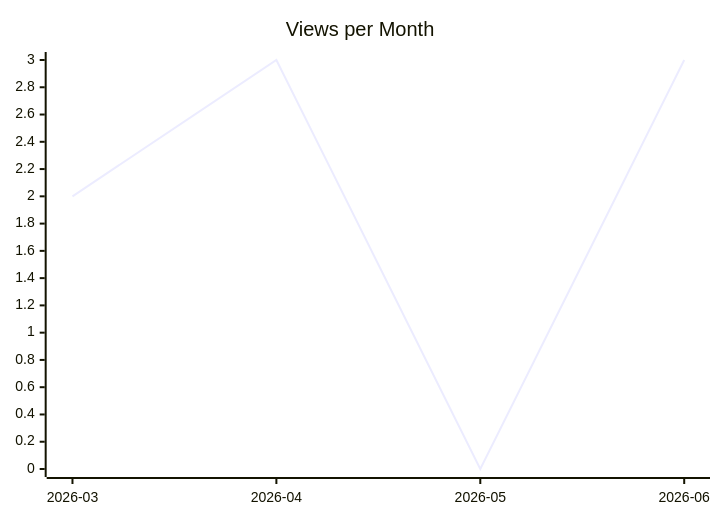
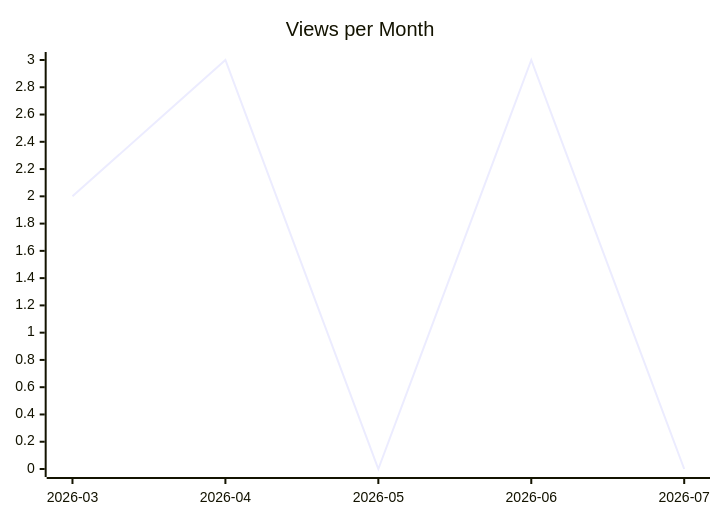
One commit to justdavis-family/github-analytics-data changed the second of 3 diagrams in karlmdavis/ansible-role-bind-dns/README.md. Above: the diagram before and after it, drawn with Mermaid. The commit also changed other lines of this file and 199 other files, not shown here.

````diff
--- a/karlmdavis/ansible-role-bind-dns/README.md
+++ b/karlmdavis/ansible-role-bind-dns/README.md
@@ -12,6 +12,6 @@
 ```mermaid
 xychart-beta
   title "Views per Month"
-  x-axis ["2026-03", "2026-04", "2026-05", "2026-06"]
-  line [2, 3, 0, 3]
+  x-axis ["2026-03", "2026-04", "2026-05", "2026-06", "2026-07"]
+  line [2, 3, 0, 3, 0]
 ```
````
